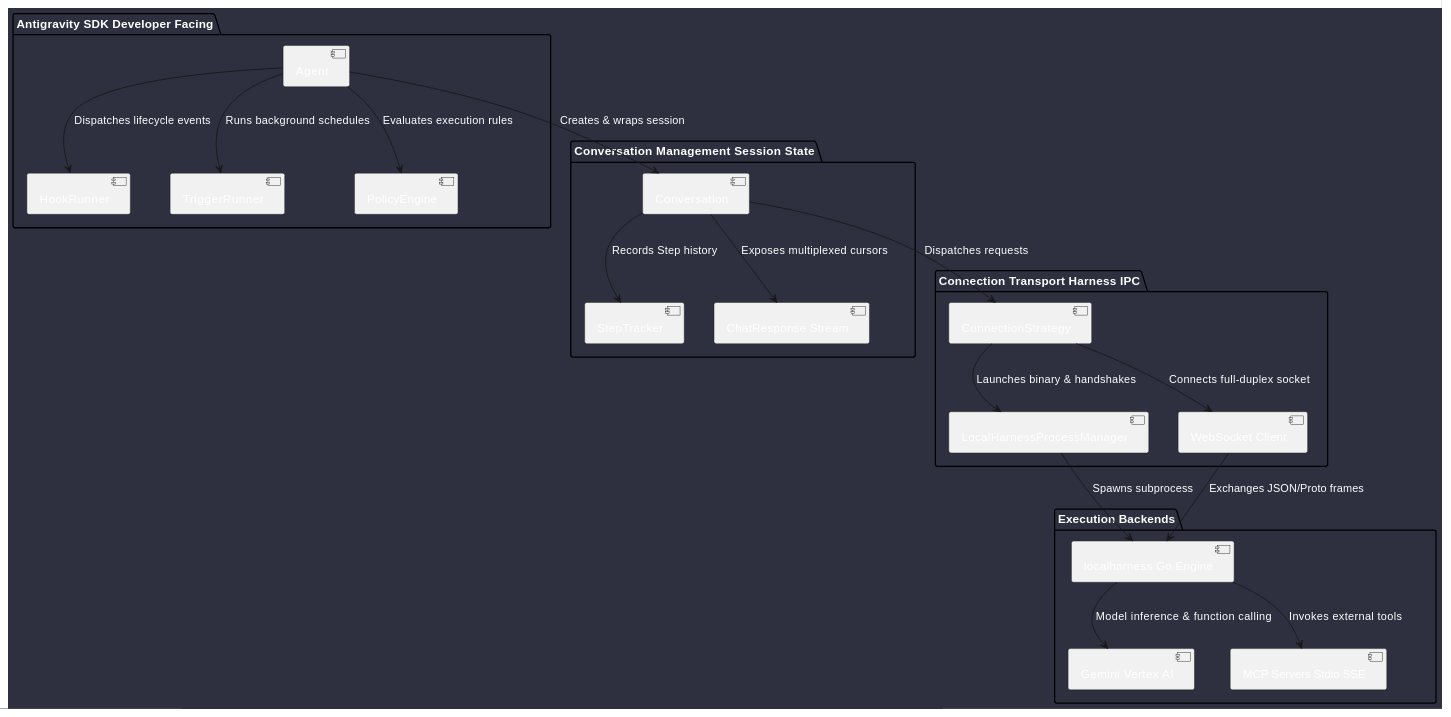
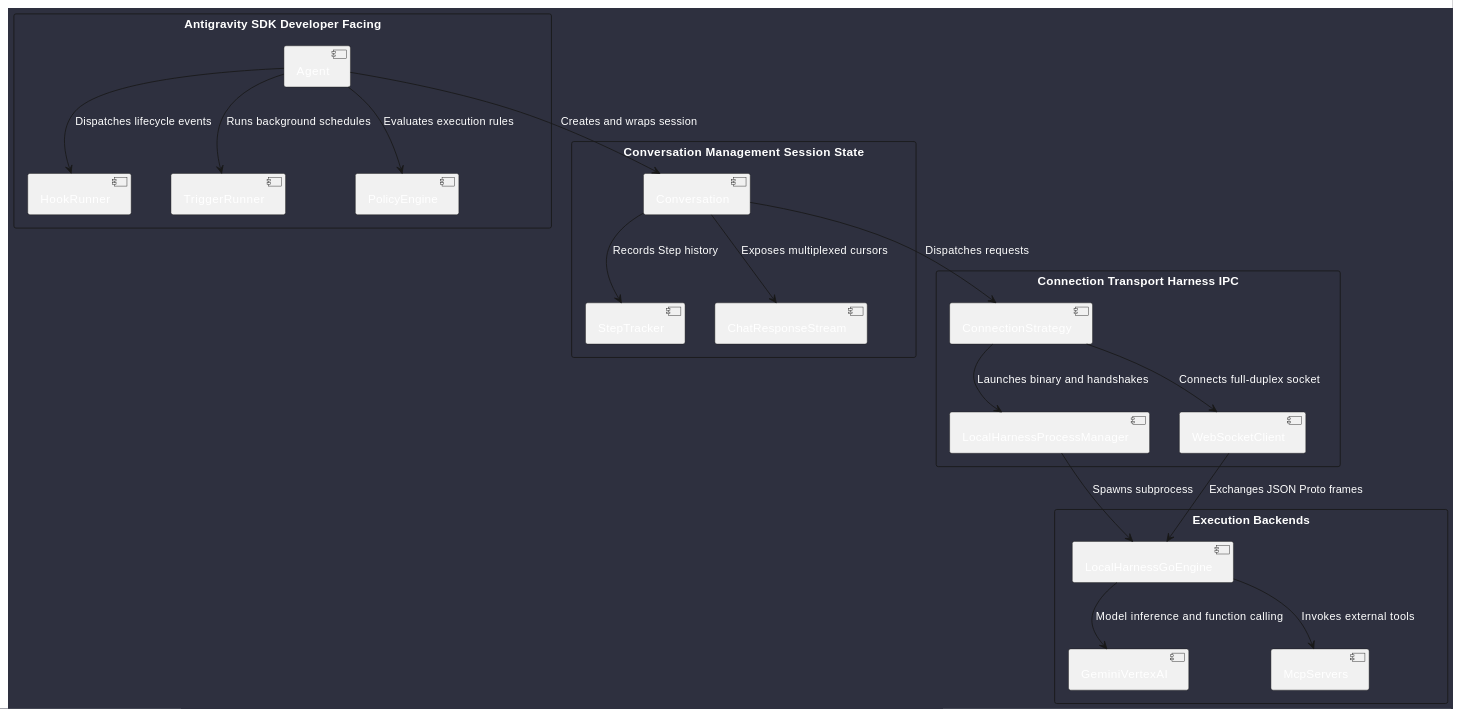
The first of 4 diagrams in doc/docs/reports/antigravity_sdk_analysis.md (mlecabellec/omniwrench), drawn with PlantUML before and after one commit. The commit also changed 4 other files, not shown here.

````diff
--- a/doc/docs/reports/antigravity_sdk_analysis.md
+++ b/doc/docs/reports/antigravity_sdk_analysis.md
@@ -13,45 +13,46 @@
 ```plantuml
 @startuml
 skinparam backgroundColor #2e303f
 skinparam defaultFontColor #ffffff
+skinparam componentStyle uml2
 
-package "Antigravity SDK Developer Facing" {
-  component "Agent" as AGENT
-  component "HookRunner" as HOOKS
-  component "TriggerRunner" as TRIGGERS
-  component "PolicyEngine" as POLICIES
+rectangle "Antigravity SDK Developer Facing" {
+  [Agent] as AGENT
+  [HookRunner] as HOOKS
+  [TriggerRunner] as TRIGGERS
+  [PolicyEngine] as POLICIES
 }
 
-package "Conversation Management Session State" {
-  component "Conversation" as CONV
-  component "StepTracker" as TRACKER
-  component "ChatResponse Stream" as STREAM
+rectangle "Conversation Management Session State" {
+  [Conversation] as CONV
+  [StepTracker] as TRACKER
+  [ChatResponseStream] as STREAM
 }
 
-package "Connection Transport Harness IPC" {
-  component "ConnectionStrategy" as STRATEGY
-  component "LocalHarnessProcessManager" as PROC
-  component "WebSocket Client" as WS
+rectangle "Connection Transport Harness IPC" {
+  [ConnectionStrategy] as STRATEGY
+  [LocalHarnessProcessManager] as PROC
+  [WebSocketClient] as WS
 }
 
-package "Execution Backends" {
-  component "localharness Go Engine" as HARNESS
-  component "Gemini Vertex AI" as GEMINI
-  component "MCP Servers Stdio SSE" as MCP
+rectangle "Execution Backends" {
+  [LocalHarnessGoEngine] as HARNESS
+  [GeminiVertexAI] as GEMINI
+  [McpServers] as MCP
 }
 
 AGENT --> HOOKS : Dispatches lifecycle events
 AGENT --> TRIGGERS : Runs background schedules
 AGENT --> POLICIES : Evaluates execution rules
-AGENT --> CONV : Creates & wraps session
+AGENT --> CONV : Creates and wraps session
 CONV --> TRACKER : Records Step history
 CONV --> STREAM : Exposes multiplexed cursors
 CONV --> STRATEGY : Dispatches requests
-STRATEGY --> PROC : Launches binary & handshakes
+STRATEGY --> PROC : Launches binary and handshakes
 STRATEGY --> WS : Connects full-duplex socket
 PROC --> HARNESS : Spawns subprocess
-WS --> HARNESS : Exchanges JSON/Proto frames
-HARNESS --> GEMINI : Model inference & function calling
+WS --> HARNESS : Exchanges JSON Proto frames
+HARNESS --> GEMINI : Model inference and function calling
 HARNESS --> MCP : Invokes external tools
 @enduml
 ```
````
